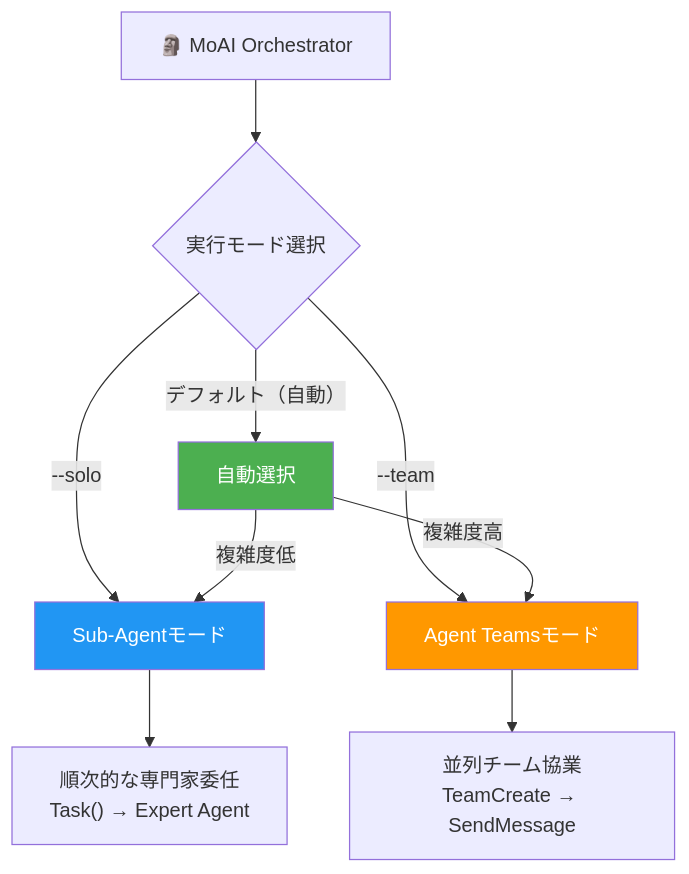
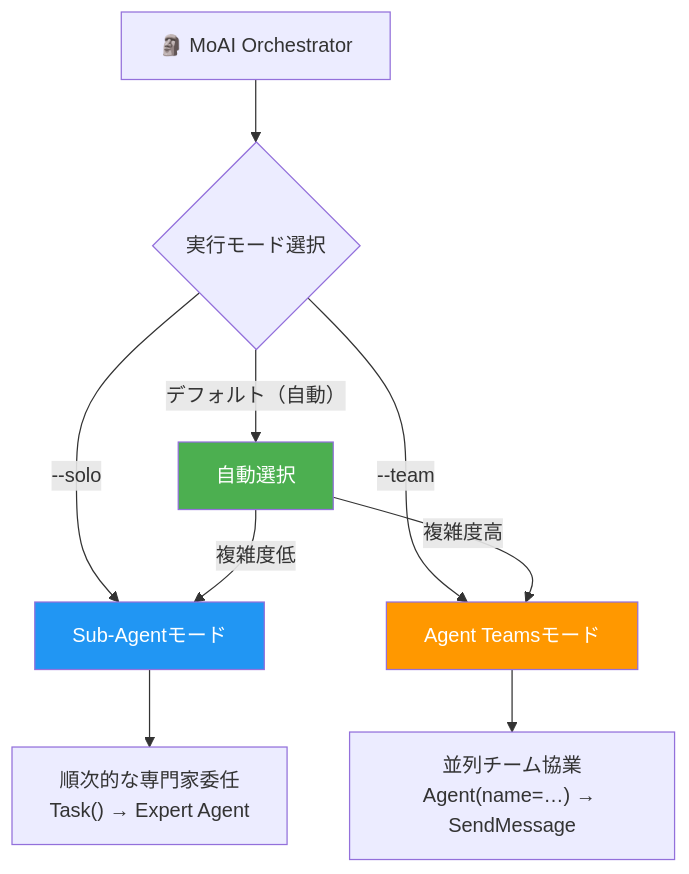
The fourth of 8 diagrams in README.ja.md (modu-ai/moai-adk), drawn with Mermaid before and after one commit. The commit also changed other lines of this file and 57 other files, not shown here.

````diff
--- a/README.ja.md
+++ b/README.ja.md
@@ -439,16 +439,16 @@
 ```mermaid
 graph TD
     A["🗿 MoAI Orchestrator"] --> B{"実行モード選択"}
     B -->|"--solo"| C["Sub-Agentモード"]
     B -->|"--team"| D["Agent Teamsモード"]
     B -->|"デフォルト（自動）"| E["自動選択"]
 
     C --> F["順次的な専門家委任<br/>Task() → Expert Agent"]
-    D --> G["並列チーム協業<br/>TeamCreate → SendMessage"]
+    D --> G["並列チーム協業<br/>Agent(name=…) → SendMessage"]
     E -->|"複雑度高"| D
     E -->|"複雑度低"| C
 
     style C fill:#2196F3,color:#fff
     style D fill:#FF9800,color:#fff
     style E fill:#4CAF50,color:#fff
 ```
````
